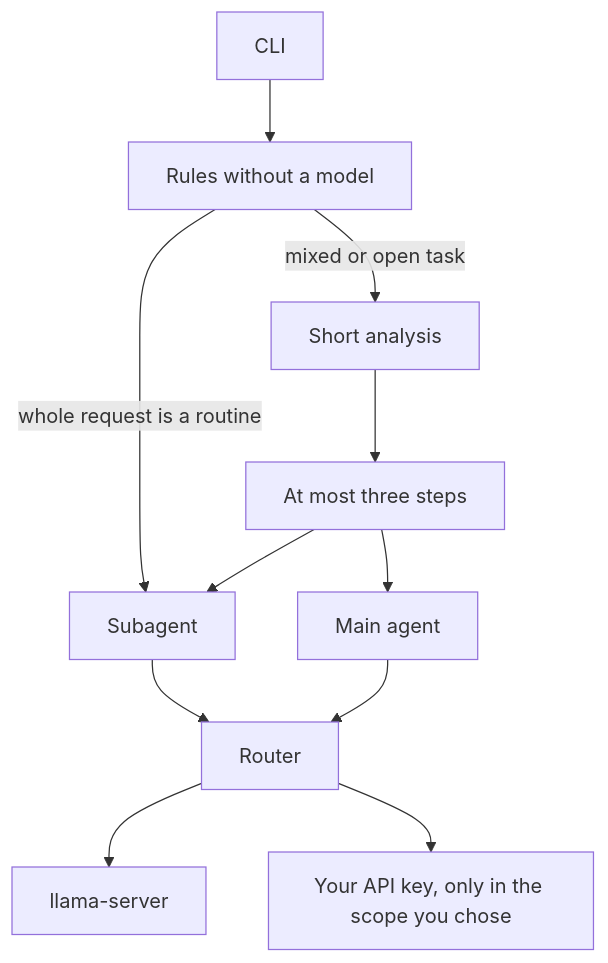
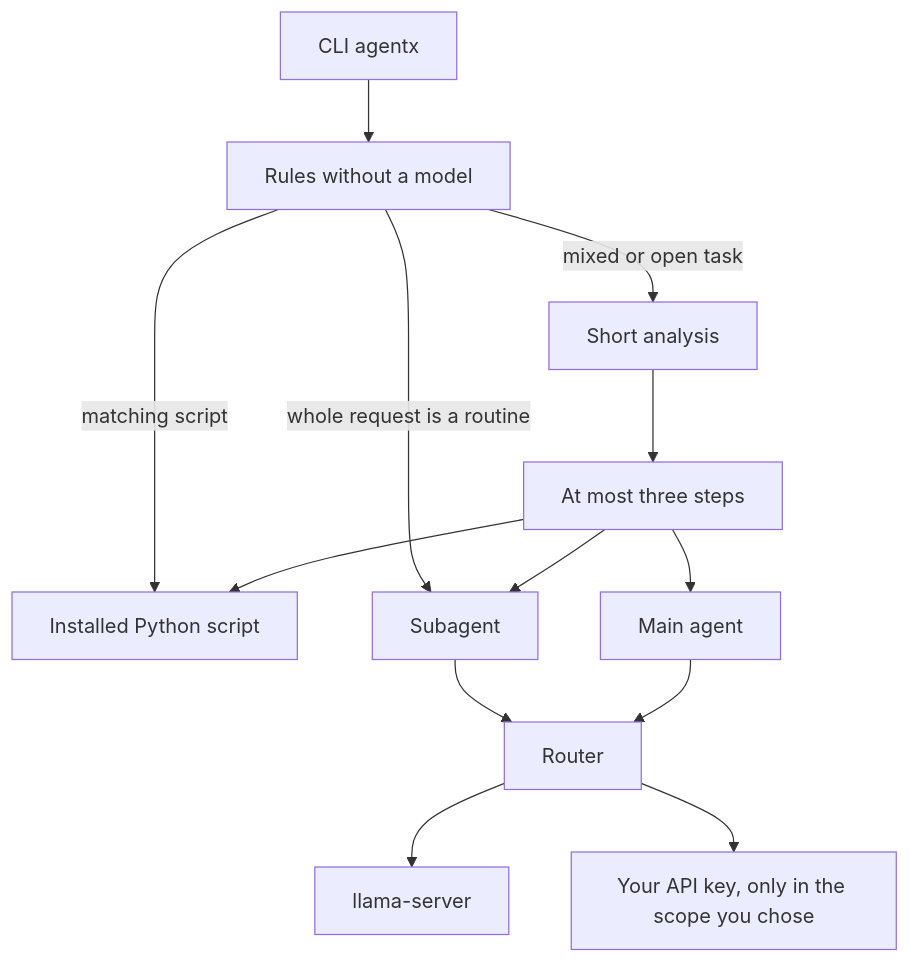
One commit to JoaoPHS/AgentX changed the diagram in README.md. Above: the diagram before and after it, drawn with Mermaid. The commit also changed other lines of this file, not shown here.

First line of the commit message:
Document the agentx command, phone scripts, and JavaScript page rendering.

````diff
--- a/README.md
+++ b/README.md
@@ -15,13 +23,15 @@
 ```mermaid
 flowchart TD
-  cli[CLI] --> rules[Rules without a model]
+  cli[CLI agentx] --> rules[Rules without a model]
+  rules -->|matching script| phoneScript[Installed Python script]
   rules -->|whole request is a routine| routine[Subagent]
   rules -->|mixed or open task| analyze[Short analysis]
   analyze --> plan[At most three steps]
+  plan --> phoneScript
   plan --> routine
   plan --> mainAgent[Main agent]
   routine --> router[Router]
   mainAgent --> router
   router --> local[llama-server]
   router --> remote[Your API key, only in the scope you chose]
 ```
````
